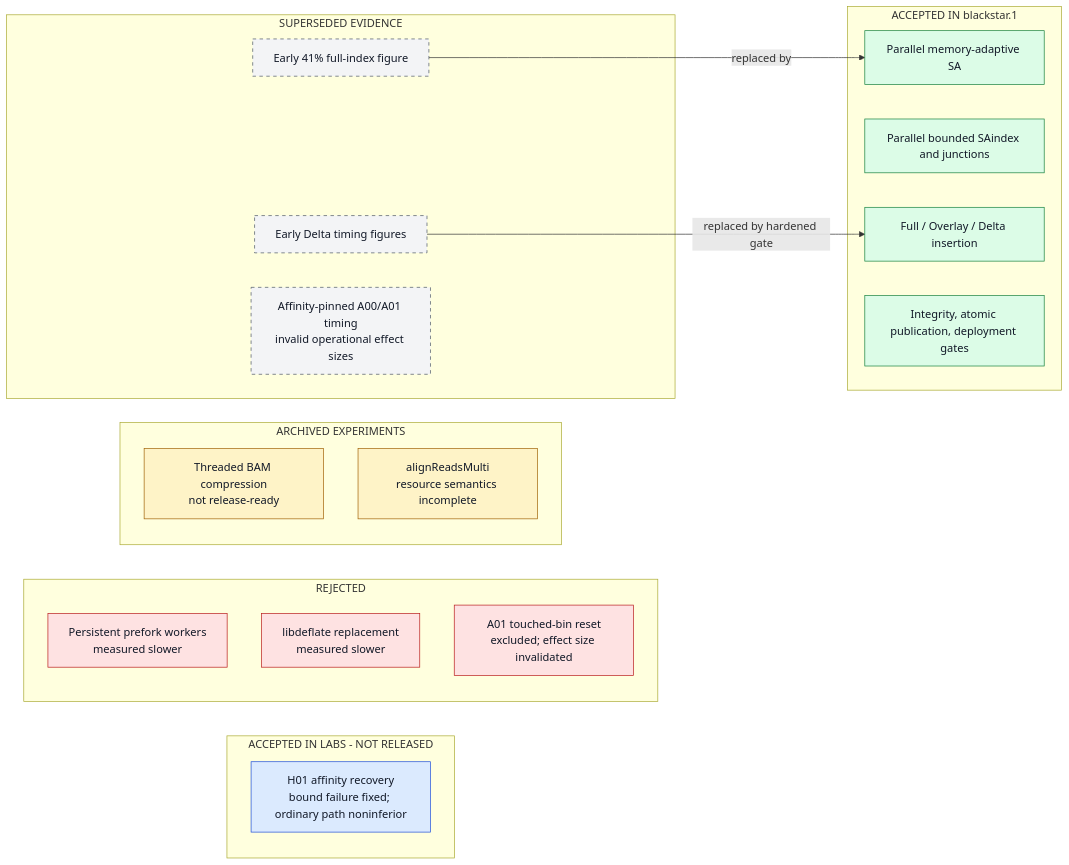
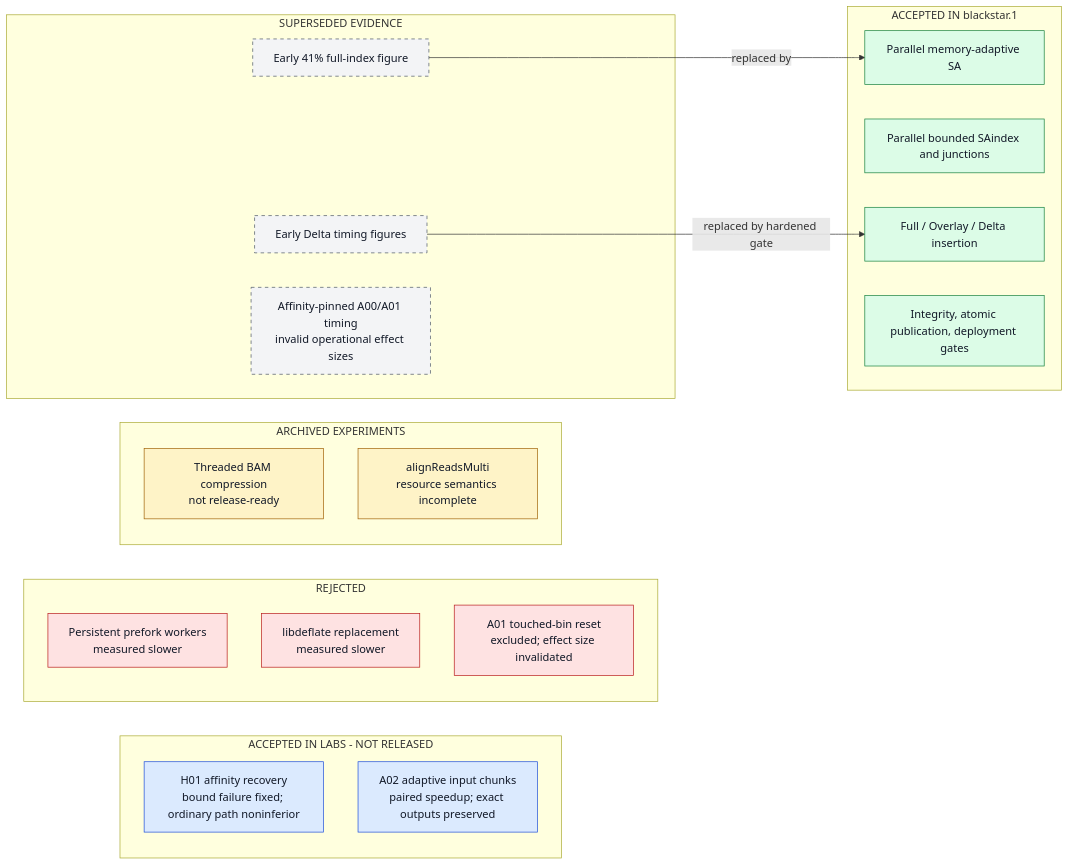
One commit to justinblethrow-cloud/STAR changed the diagram in docs/architecture/diagrams/src/F13-history.mmd. Above: the diagram before and after it, drawn with Mermaid. The commit also changed 20 other files, not shown here.

Commit message:
docs: qualify A02 adaptive input chunks

```diff
--- a/docs/architecture/diagrams/src/F13-history.mmd
+++ b/docs/architecture/diagrams/src/F13-history.mmd
@@ -1,42 +1,43 @@
 flowchart LR
     subgraph ACCEPTED["ACCEPTED IN blackstar.1"]
         A1["Parallel memory-adaptive SA"]
         A2["Parallel bounded SAindex and junctions"]
         A3["Full / Overlay / Delta insertion"]
         A4["Integrity, atomic publication, deployment gates"]
     end
 
     subgraph LABS["ACCEPTED IN LABS - NOT RELEASED"]
         L1["H01 affinity recovery<br/>bound failure fixed; ordinary path noninferior"]
+        L2["A02 adaptive input chunks<br/>paired speedup; exact outputs preserved"]
     end
 
     subgraph REJECTED["REJECTED"]
         R1["Persistent prefork workers<br/>measured slower"]
         R2["libdeflate replacement<br/>measured slower"]
         R3["A01 touched-bin reset<br/>excluded; effect size invalidated"]
     end
 
     subgraph ARCHIVED["ARCHIVED EXPERIMENTS"]
         X1["Threaded BAM compression<br/>not release-ready"]
         X2["alignReadsMulti<br/>resource semantics incomplete"]
     end
 
     subgraph SUPERSEDED["SUPERSEDED EVIDENCE"]
         S1["Early 41% full-index figure"]
         S2["Early Delta timing figures"]
         S3["Affinity-pinned A00/A01 timing<br/>invalid operational effect sizes"]
     end
 
     S1 -->|replaced by| A1
     S2 -->|replaced by hardened gate| A3
 
     classDef accepted fill:#dcfce7,stroke:#15803d,color:#111827;
     classDef labs fill:#dbeafe,stroke:#1d4ed8,color:#111827;
     classDef rejected fill:#fee2e2,stroke:#b91c1c,color:#111827;
     classDef archived fill:#fef3c7,stroke:#a16207,color:#111827;
     classDef superseded fill:#f3f4f6,stroke:#4b5563,color:#111827,stroke-dasharray: 5 5;
     class A1,A2,A3,A4 accepted;
-    class L1 labs;
+    class L1,L2 labs;
     class R1,R2,R3 rejected;
     class X1,X2 archived;
     class S1,S2,S3 superseded;
```
